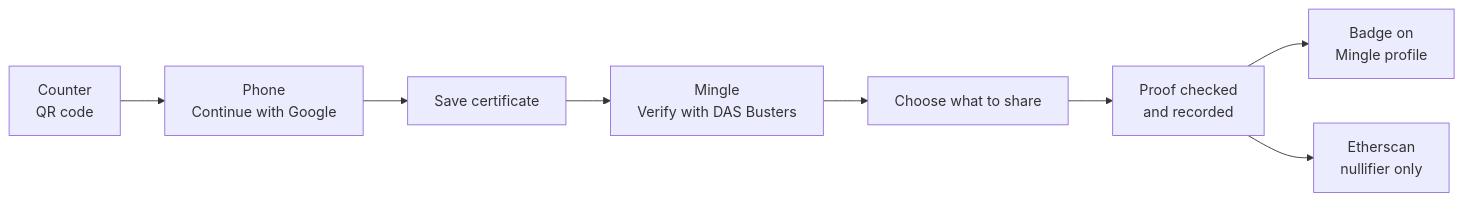
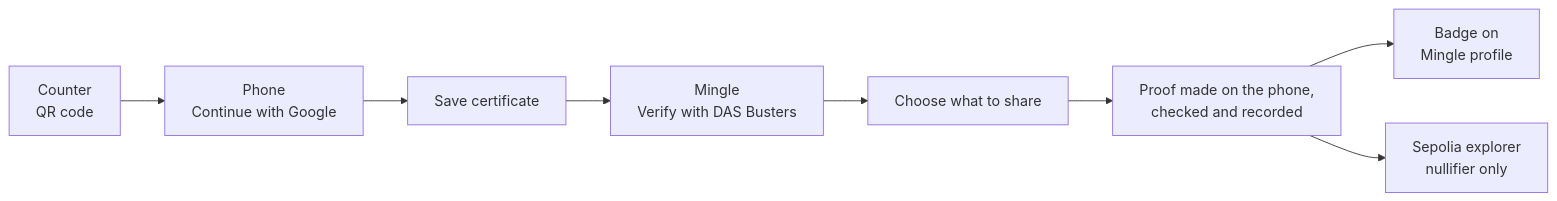
Before and after one commit to CobaltSato/das-busters: the diagram in docs/demo.md, drawn with Mermaid. The commit also changed other lines of this file and 2 other files, not shown here.

````diff
--- a/docs/demo.md
+++ b/docs/demo.md
@@ -7,10 +7,10 @@
 ```mermaid
 flowchart LR
   A["Counter<br/>QR code"] --> B["Phone<br/>Continue with Google"]
   B --> C["Save certificate"]
   C --> D["Mingle<br/>Verify with DAS Busters"]
   D --> E["Choose what to share"]
-  E --> F["Proof checked<br/>and recorded"]
+  E --> F["Proof made on the phone,<br/>checked and recorded"]
   F --> G["Badge on<br/>Mingle profile"]
-  F --> H["Etherscan<br/>nullifier only"]
+  F --> H["Sepolia explorer<br/>nullifier only"]
 ```
````
